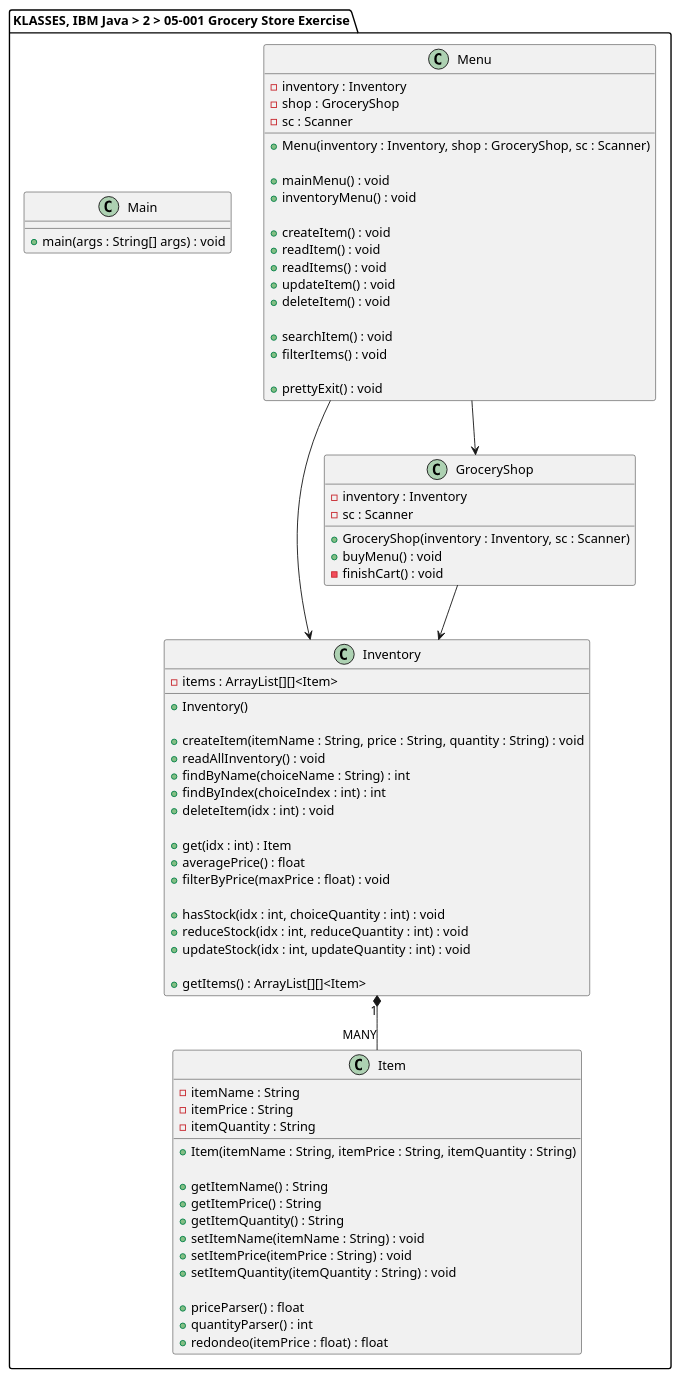
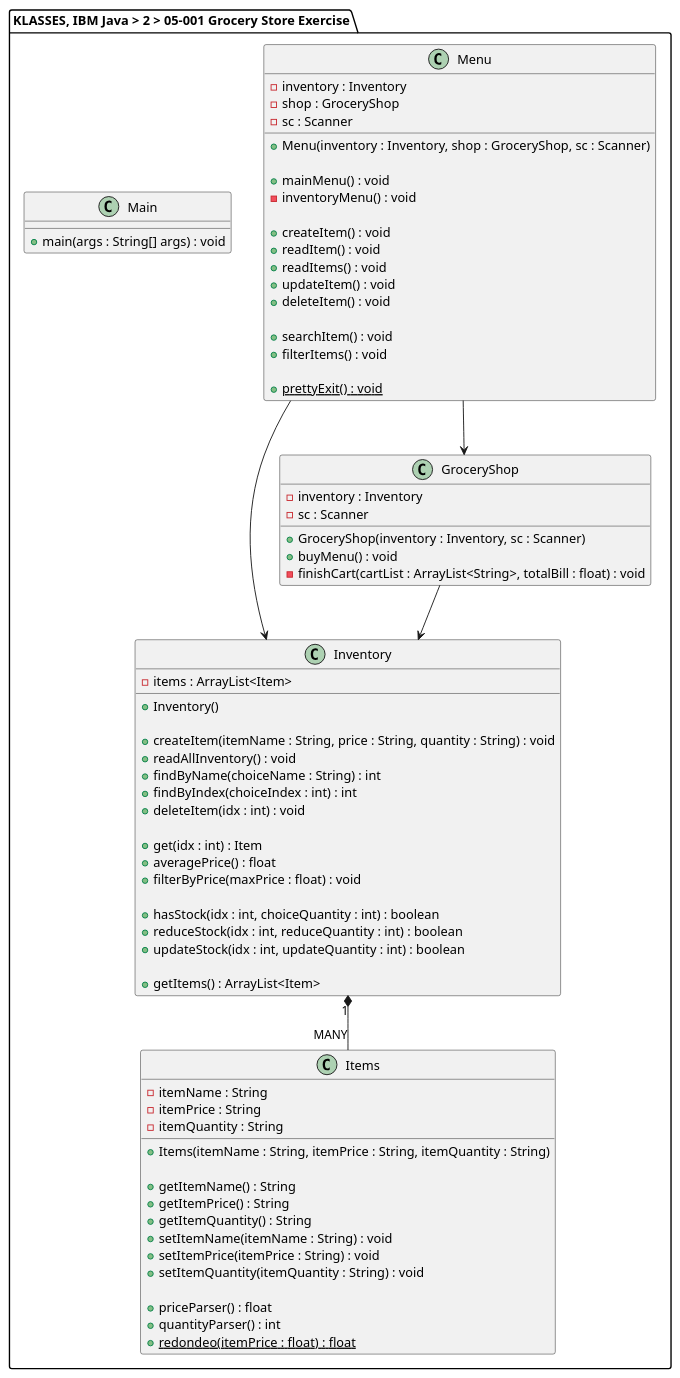
One commit to alexandrglm/IBM_Java_Certification_Labs-Exercises changed the diagram in IBM_Java_Certification_EXERCISE_02-05-001/exercise/klasses.plantuml. Above: the diagram before and after it, drawn with PlantUML. The commit also changed 1 other file, not shown here.

Commit message:
Fix class diagram

```diff
--- a/IBM_Java_Certification_EXERCISE_02-05-001/exercise/klasses.plantuml
+++ b/IBM_Java_Certification_EXERCISE_02-05-001/exercise/klasses.plantuml
@@ -1,94 +1,95 @@
 @startuml
 
 package "KLASSES, IBM Java > 2 > 05-001 Grocery Store Exercise" {
 
-    class Item {
+    class Items {
 
         - itemName : String
         - itemPrice : String
         - itemQuantity : String
 
-        + Item(itemName : String, itemPrice : String, itemQuantity : String)
+        + Items(itemName : String, itemPrice : String, itemQuantity : String)
 
         + getItemName() : String
         + getItemPrice() : String
         + getItemQuantity() : String
         + setItemName(itemName : String) : void
         + setItemPrice(itemPrice : String) : void
         + setItemQuantity(itemQuantity : String) : void
 
         + priceParser() : float
         + quantityParser() : int
-        + redondeo(itemPrice : float) : float
+        + {static} redondeo(itemPrice : float) : float
     }
 
     class Inventory {
 
-        - items : ArrayList[][]<Item>
+        - items : ArrayList<Item>
 
         + Inventory()
 
         + createItem(itemName : String, price : String, quantity : String) : void
         + readAllInventory() : void
         + findByName(choiceName : String) : int
         + findByIndex(choiceIndex : int) : int
         + deleteItem(idx : int) : void
 
         + get(idx : int) : Item
         + averagePrice() : float
         + filterByPrice(maxPrice : float) : void
 
-        + hasStock(idx : int, choiceQuantity : int) : void
-        + reduceStock(idx : int, reduceQuantity : int) : void
-        + updateStock(idx : int, updateQuantity : int) : void
+        + hasStock(idx : int, choiceQuantity : int) : boolean
+        + reduceStock(idx : int, reduceQuantity : int) : boolean
+        + updateStock(idx : int, updateQuantity : int) : boolean
 
-        + getItems() : ArrayList[][]<Item>
+        + getItems() : ArrayList<Item>
     }
 
     class GroceryShop {
 
         - inventory : Inventory
         - sc : Scanner
 
         + GroceryShop(inventory : Inventory, sc : Scanner)
         + buyMenu() : void
-        - finishCart() : void
+        - finishCart(cartList : ArrayList<String>, totalBill : float) : void
     }
 
     class Menu {
 
         - inventory : Inventory
         - shop : GroceryShop
         - sc : Scanner
 
         + Menu(inventory : Inventory, shop : GroceryShop, sc : Scanner)
 
         + mainMenu() : void
-        + inventoryMenu() : void
+        - inventoryMenu() : void
 
         + createItem() : void
         + readItem() : void
         + readItems() : void
         + updateItem() : void
         + deleteItem() : void
 
         + searchItem() : void
         + filterItems() : void
 
-        + prettyExit() : void
+        + {static} prettyExit() : void
     }
 
 
     class Main {
 
         + main(args : String[] args) : void
 
     }
 
-    Inventory "1" *-- "MANY" Item
+    Inventory "1" *-- "MANY" Items
     GroceryShop --> Inventory
     Menu --> Inventory
     Menu --> GroceryShop
 
 }
+
 @enduml
```
